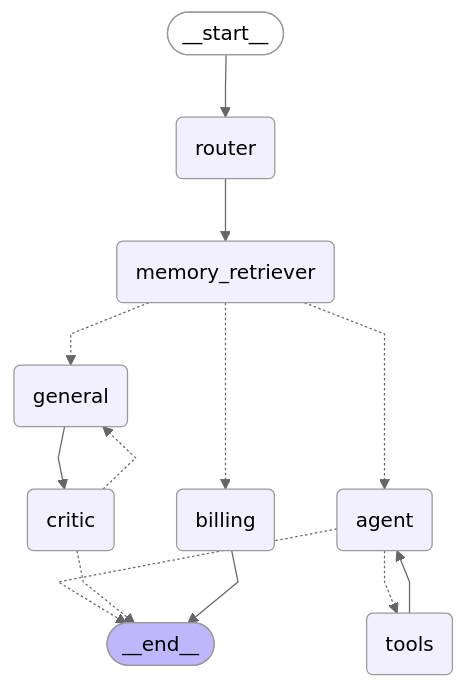
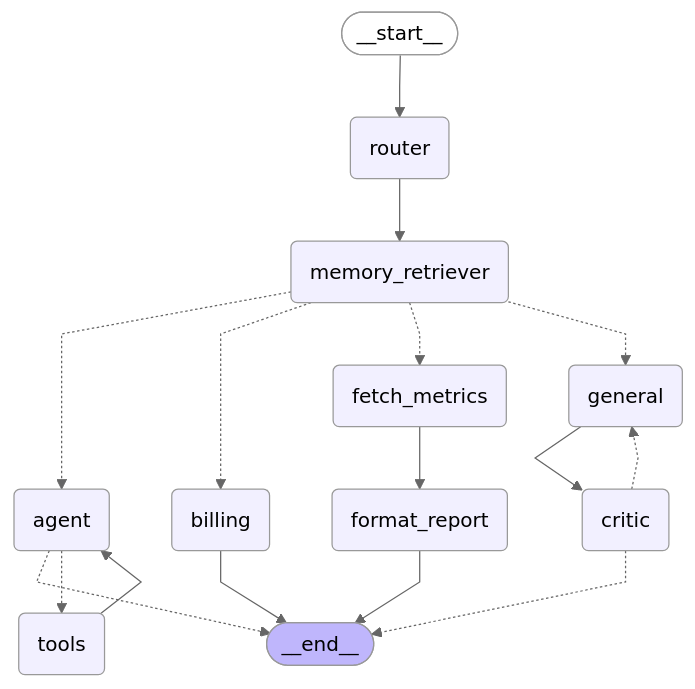
The first of 2 diagrams in docs/graph-core.md (shaynemeyer/agentic-enterprise), drawn with Mermaid (neutral theme) before and after one commit. The commit also changed other lines of this file and 1 other file, not shown here.

First line of the commit message:
docs: bring README and graph-core current with the app as it stands

````diff
--- a/docs/graph-core.md
+++ b/docs/graph-core.md
@@ -43,32 +69,37 @@
 ```mermaid
 ---
 config:
   flowchart:
     curve: linear
 ---
 graph TD;
 	__start__([<p>__start__</p>]):::first
 	router(router)
 	agent(agent)
-	tools(tools)
 	billing(billing)
 	general(general)
 	critic(critic)
+	fetch_metrics(fetch_metrics)
+	format_report(format_report)
 	memory_retriever(memory_retriever)
+	tools(tools)
 	__end__([<p>__end__</p>]):::last
 	__start__ --> router;
 	agent -.-> __end__;
 	agent -.-> tools;
 	critic -.-> __end__;
 	critic -.-> general;
+	fetch_metrics --> format_report;
 	general --> critic;
 	memory_retriever -.-> agent;
 	memory_retriever -.-> billing;
+	memory_retriever -.-> fetch_metrics;
 	memory_retriever -.-> general;
 	router --> memory_retriever;
 	tools --> agent;
 	billing --> __end__;
+	format_report --> __end__;
 	classDef default fill:#f2f0ff,line-height:1.2
 	classDef first fill-opacity:0
 	classDef last fill:#bfb6fc
 ```
````
